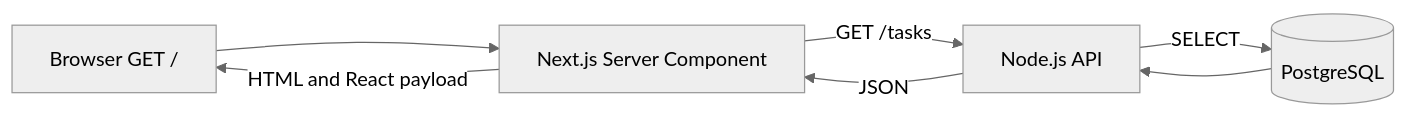
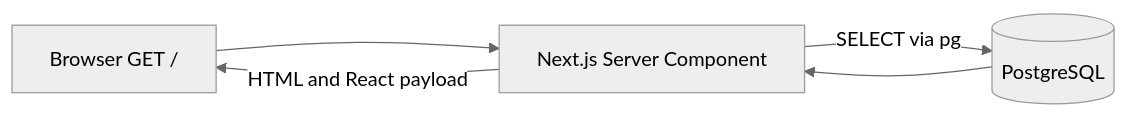
Before and after one commit to pratulsharma/minitrack: the first of 2 diagrams in lessons/day-04.md, drawn with Mermaid (neutral theme). The commit also changed other lines of this file and 45 other files, not shown here.

````diff
--- a/lessons/day-04.md
+++ b/lessons/day-04.md
@@ -11,9 +11,7 @@
 ```mermaid
 flowchart LR
   Browser[Browser GET /] --> Next[Next.js Server Component]
-  Next -->|GET /tasks| Node[Node.js API]
-  Node -->|SELECT| DB[(PostgreSQL)]
-  DB --> Node
-  Node -->|JSON| Next
+  Next -->|SELECT via pg| DB[(PostgreSQL)]
+  DB --> Next
   Next -->|HTML and React payload| Browser
 ```
````
